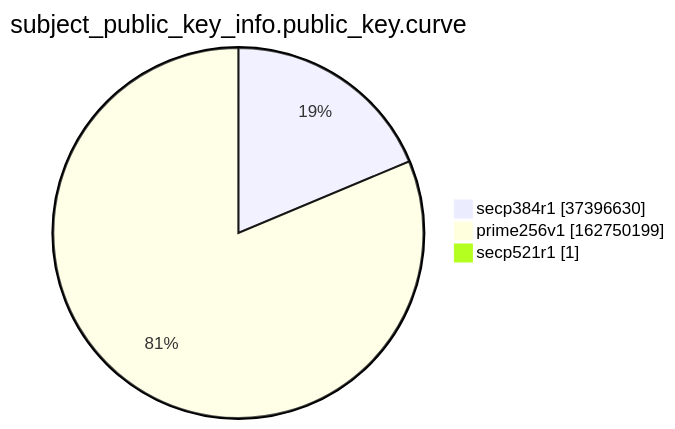
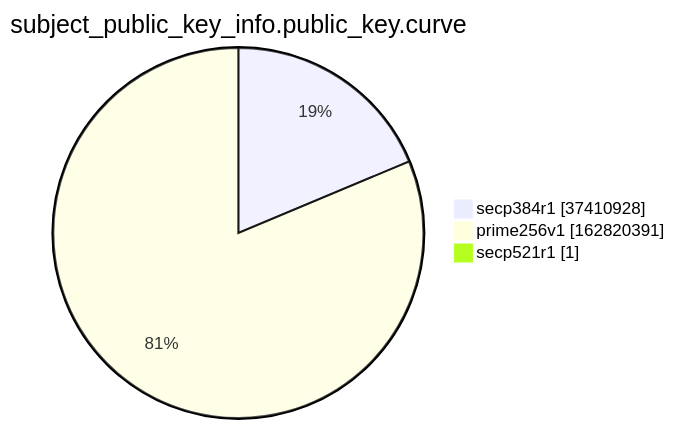
Before and after one commit to christiankrug/ctmonitor_visualization: the ninth of 15 diagrams in argon2022/README.md, drawn with Mermaid. The commit also changed other lines of this file, not shown here.

````diff
--- a/argon2022/README.md
+++ b/argon2022/README.md
@@ -2766,7 +2766,7 @@
 ```mermaid
 pie showData
 title subject_public_key_info.public_key.curve
-"secp384r1" :37396630
-"prime256v1" :162750199
+"secp384r1" :37410928
+"prime256v1" :162820391
 "secp521r1" :1
 ```
````
